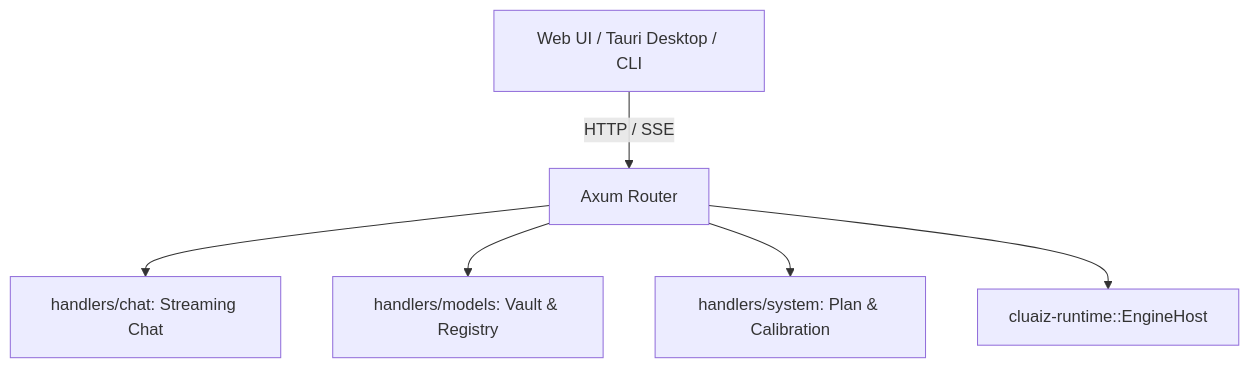
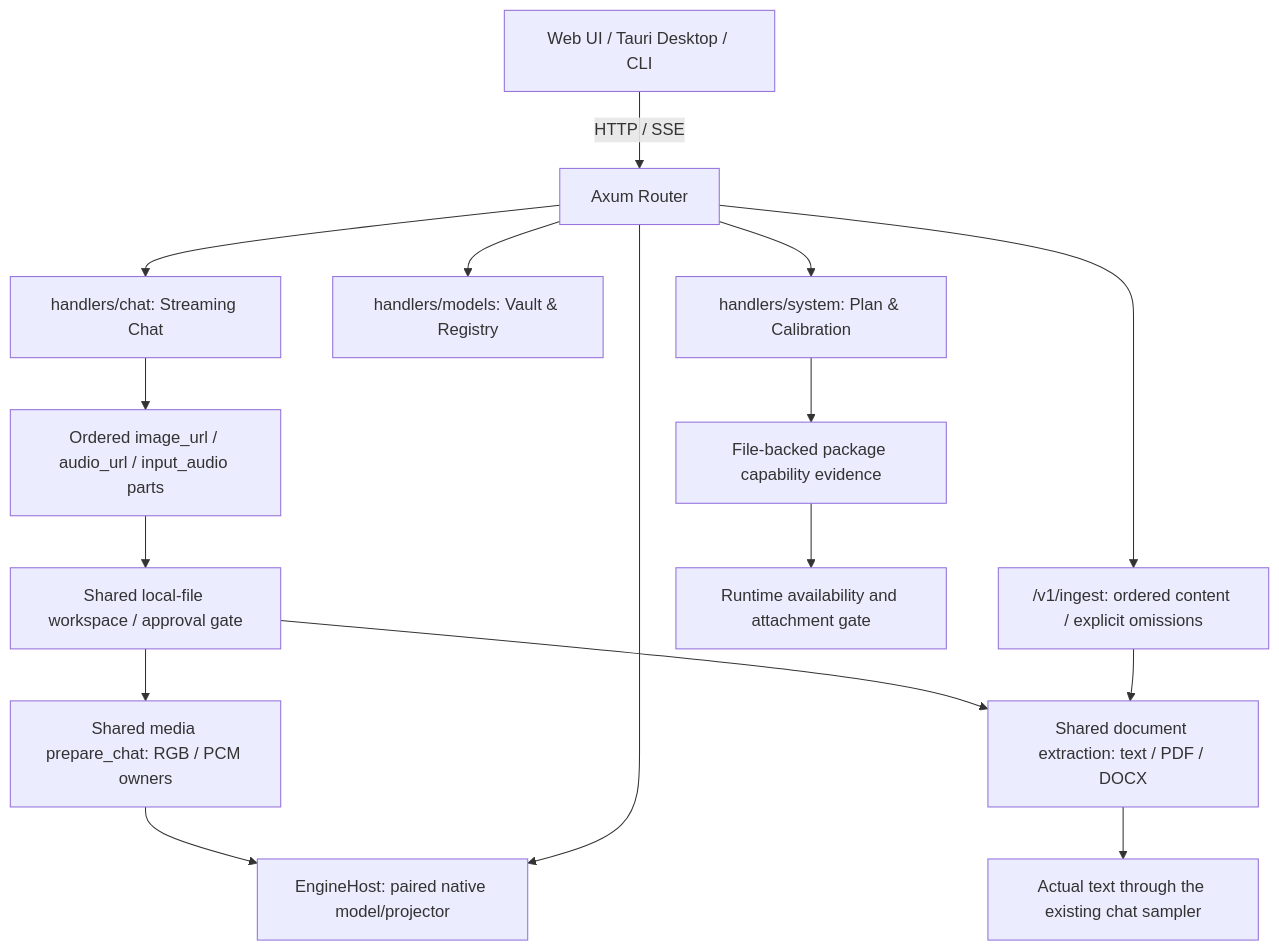
The first of 3 diagrams in api/README.md (cluaiz/cluaiz), drawn with Mermaid before and after one commit. The commit also changed other lines of this file and 26 other files, not shown here.

Commit message:
feat(api+cmd): support multimodal content parts, document ingestion, and chat contracts

````diff
--- a/api/README.md
+++ b/api/README.md
@@ -7,8 +208,18 @@
 ```mermaid
 graph TD
-    Client[Web UI / Tauri Desktop / CLI] -->|HTTP / SSE| Router[Axum Router]
-    Router --> Chat[handlers/chat: Streaming Chat]
-    Router --> Models[handlers/models: Vault & Registry]
-    Router --> System[handlers/system: Plan & Calibration]
-    Router --> Runtime[cluaiz-runtime::EngineHost]
+    Client["Web UI / Tauri Desktop / CLI"] -->|HTTP / SSE| Router["Axum Router"]
+    Router --> Chat["handlers/chat: Streaming Chat"]
+    Chat --> Parts["Ordered image_url / audio_url / input_audio parts"]
+    Parts --> Policy["Shared local-file workspace / approval gate"]
+    Policy --> Decode["Shared media prepare_chat: RGB / PCM owners"]
+    Decode --> Runtime["EngineHost: paired native model/projector"]
+    Policy --> Documents["Shared document extraction: text / PDF / DOCX"]
+    Documents --> Text["Actual text through the existing chat sampler"]
+    Router --> Ingest["/v1/ingest: ordered content / explicit omissions"]
+    Ingest --> Documents
+    Router --> Models["handlers/models: Vault & Registry"]
+    Router --> System["handlers/system: Plan & Calibration"]
+    Router --> Runtime
+    System --> P["File-backed package capability evidence"]
+    P --> Q["Runtime availability and attachment gate"]
 ```
````
